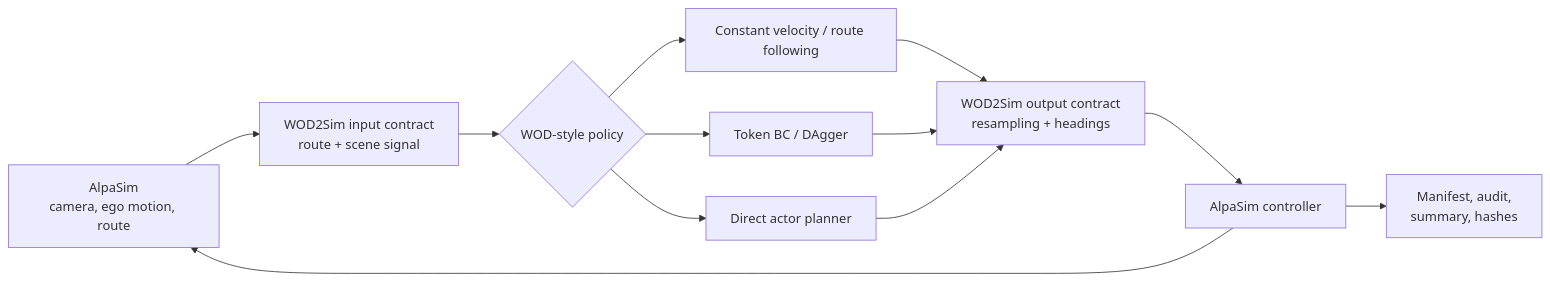
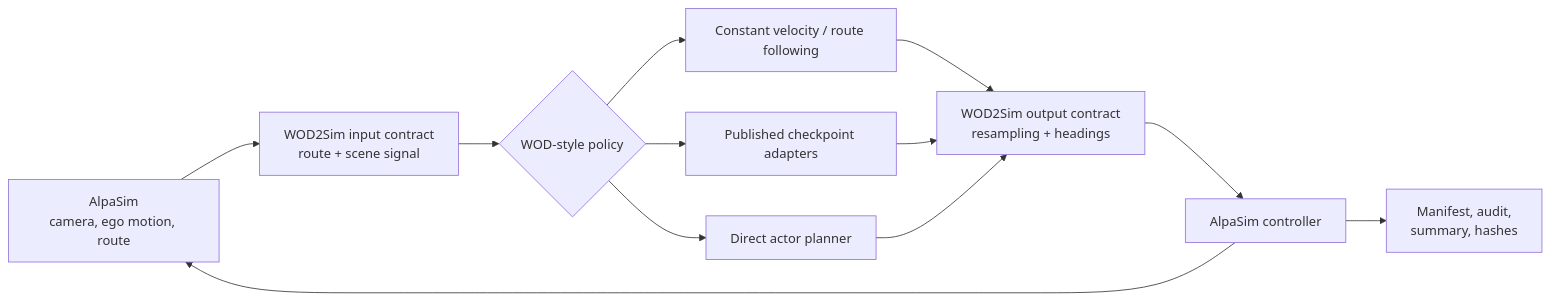
Before and after one commit to amtellezfernandez/AlpaBridge: the diagram in README.md, drawn with Mermaid. The commit also changed other lines of this file and 64 other files, not shown here.

````diff
--- a/README.md
+++ b/README.md
@@ -158,14 +162,14 @@
 ```mermaid
 flowchart LR
     A[AlpaSim<br/>camera, ego motion, route] --> B[WOD2Sim input contract<br/>route + scene signal]
     B --> C{WOD-style policy}
     C --> D[Constant velocity / route following]
-    C --> E[Token BC / DAgger]
+    C --> E[Published checkpoint adapters]
     C --> F[Direct actor planner]
     D --> G[WOD2Sim output contract<br/>resampling + headings]
     E --> G
     F --> G
     G --> H[AlpaSim controller]
     H --> A
     H --> I[Manifest, audit,<br/>summary, hashes]
 ```
````
